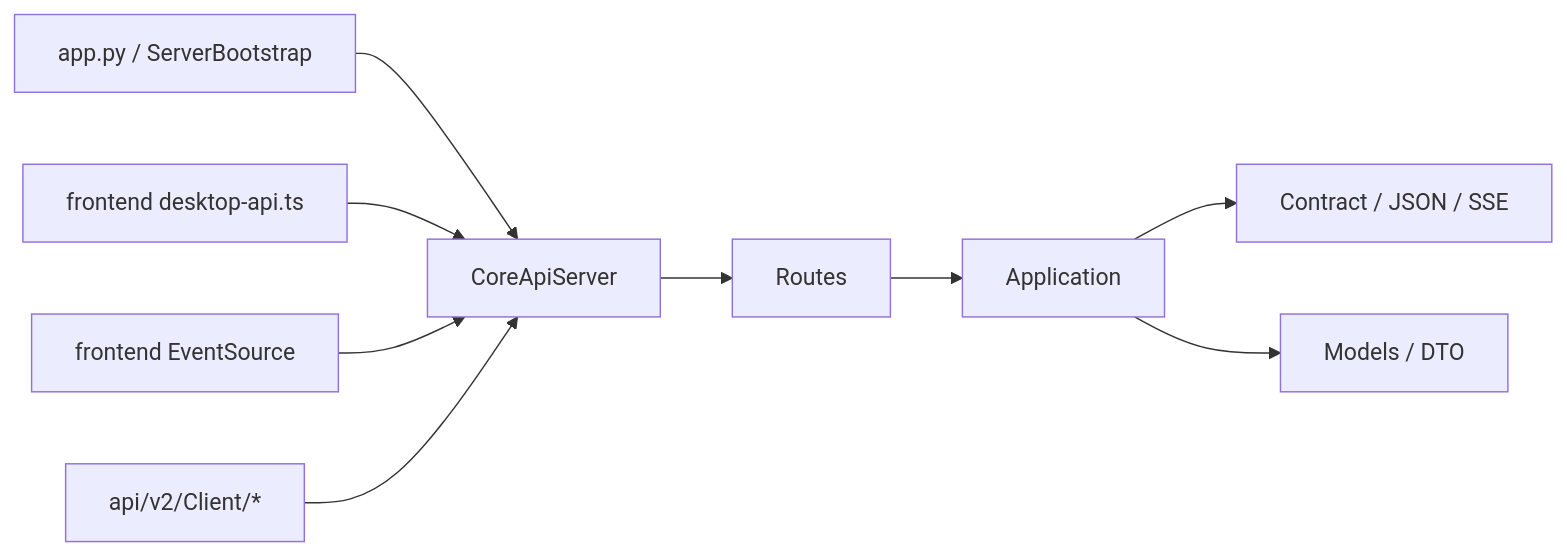
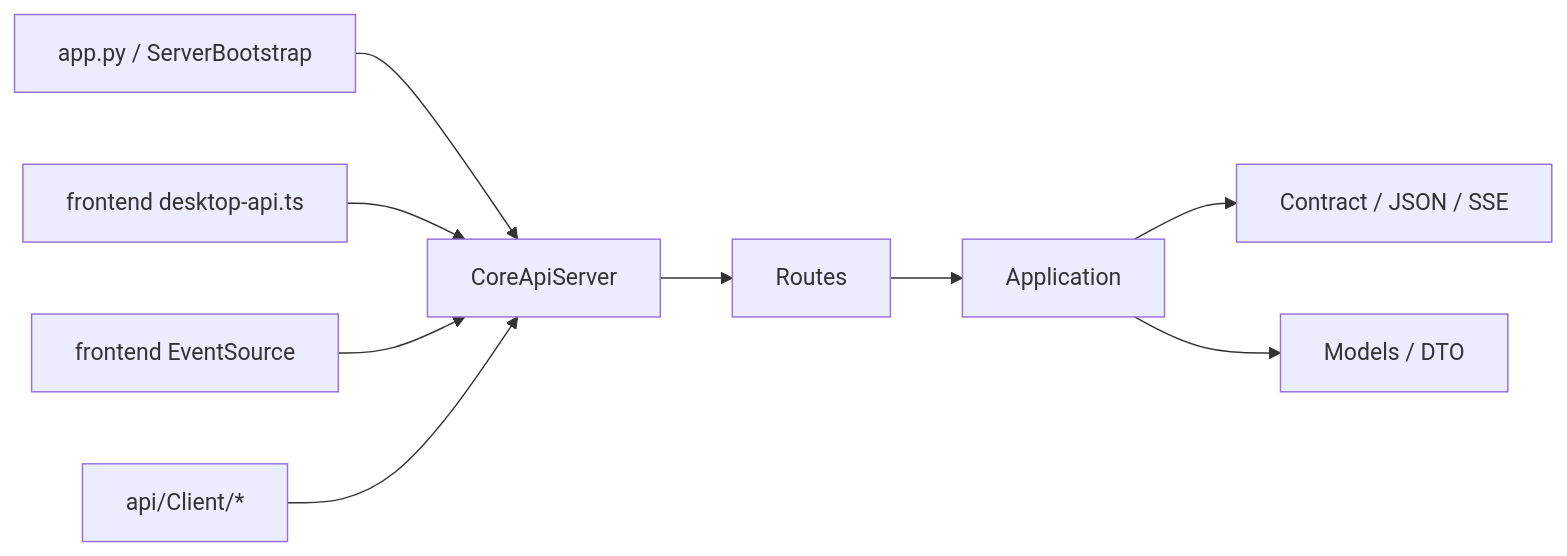
Before and after one commit to neavo/LinguaGacha: the diagram in api/SPEC.md, drawn with Mermaid. The commit also changed other lines of this file and 237 other files, not shown here.

````diff
--- a/api/SPEC.md
+++ b/api/SPEC.md
@@ -25,11 +25,11 @@
 ```mermaid
 flowchart LR
     A["app.py / ServerBootstrap"] --> B["CoreApiServer"]
     B --> C["Routes"]
     C --> D["Application"]
     D --> E["Contract / JSON / SSE"]
     D --> F["Models / DTO"]
     G["frontend desktop-api.ts"] --> B
     H["frontend EventSource"] --> B
-    I["api/v2/Client/*"] --> B
+    I["api/Client/*"] --> B
 ```
````
